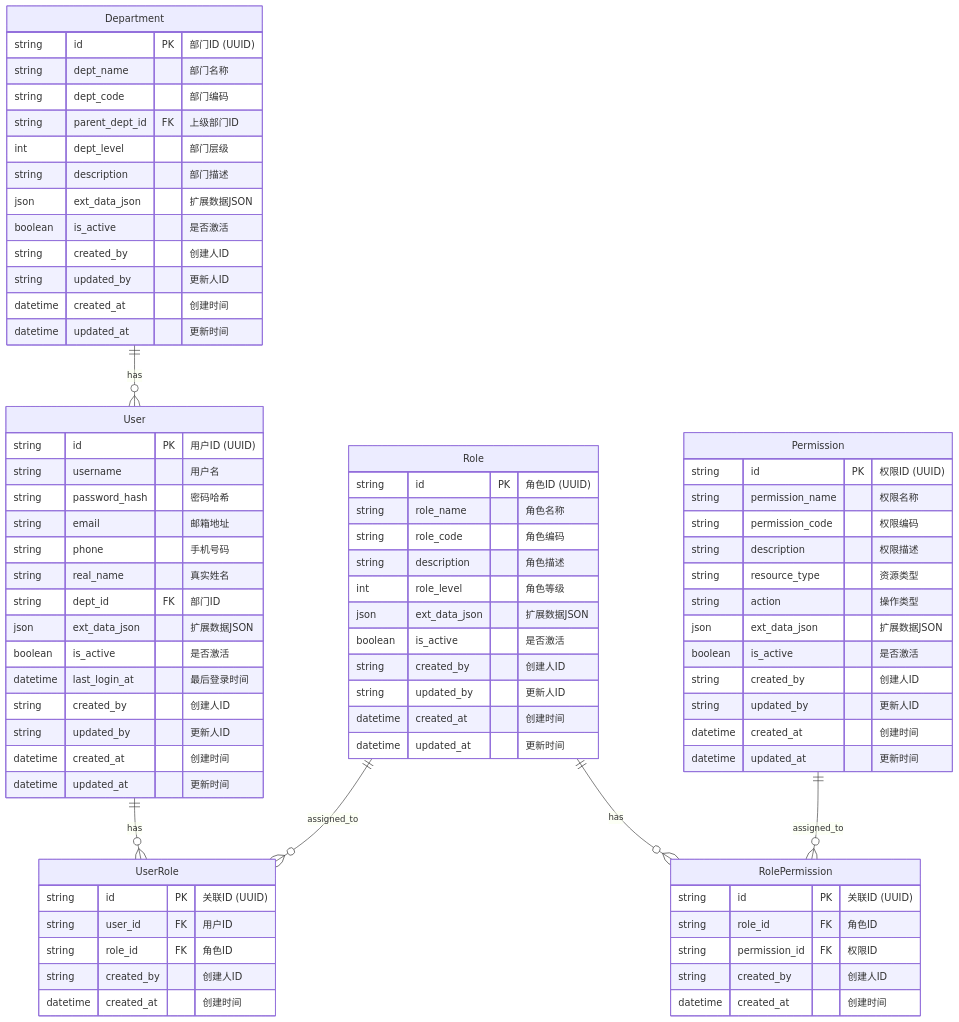
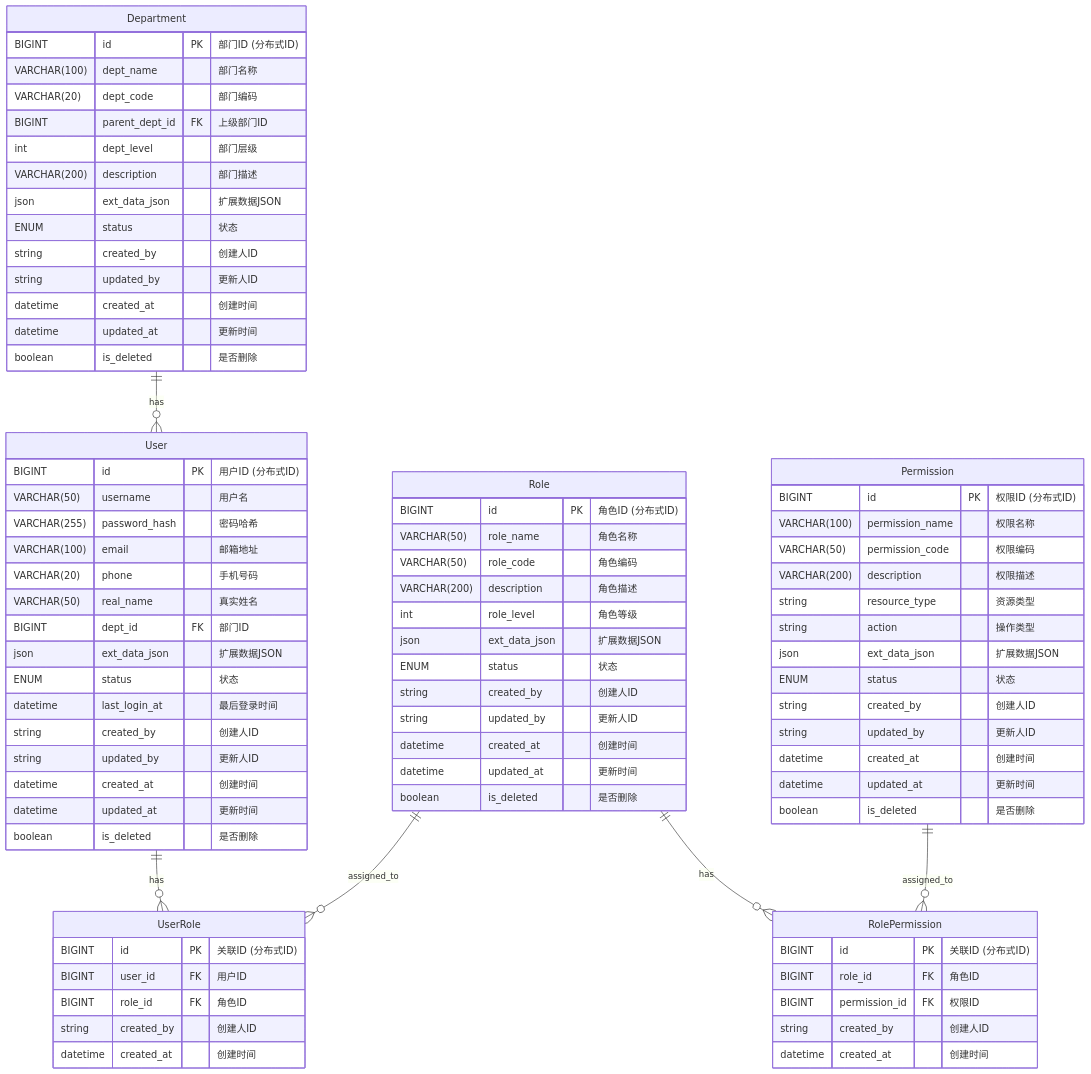
Before and after one commit to Moonlight168/blog: the first of 3 diagrams in src/series/myprojects/FlowMind/开发流程/ER图.md, drawn with Mermaid. The commit also changed other lines of this file and 53 other files, not shown here.

```diff
--- a/src/series/myprojects/FlowMind/开发流程/ER图.md
+++ b/src/series/myprojects/FlowMind/开发流程/ER图.md
@@ -66,82 +65,86 @@
 erDiagram
     User ||--o{ UserRole : "has"
     User {
-        string id PK "用户ID (UUID)"
-        string username "用户名"
-        string password_hash "密码哈希"
-        string email "邮箱地址"
-        string phone "手机号码"
-        string real_name "真实姓名"
-        string dept_id FK "部门ID"
+        BIGINT id PK "用户ID (分布式ID)"
+        VARCHAR(50) username "用户名"
+        VARCHAR(255) password_hash "密码哈希"
+        VARCHAR(100) email "邮箱地址"
+        VARCHAR(20) phone "手机号码"
+        VARCHAR(50) real_name "真实姓名"
+        BIGINT dept_id FK "部门ID"
         json ext_data_json "扩展数据JSON"
-        boolean is_active "是否激活"
+        ENUM status "状态"
         datetime last_login_at "最后登录时间"
         string created_by "创建人ID"
         string updated_by "更新人ID"
         datetime created_at "创建时间"
         datetime updated_at "更新时间"
+        boolean is_deleted "是否删除"
     }
     
     Role ||--o{ UserRole : "assigned_to"
     Role {
-        string id PK "角色ID (UUID)"
-        string role_name "角色名称"
-        string role_code "角色编码"
-        string description "角色描述"
+        BIGINT id PK "角色ID (分布式ID)"
+        VARCHAR(50) role_name "角色名称"
+        VARCHAR(50) role_code "角色编码"
+        VARCHAR(200) description "角色描述"
         int role_level "角色等级"
         json ext_data_json "扩展数据JSON"
-        boolean is_active "是否激活"
+        ENUM status "状态"
         string created_by "创建人ID"
         string updated_by "更新人ID"
         datetime created_at "创建时间"
         datetime updated_at "更新时间"
+        boolean is_deleted "是否删除"
     }
     
     Role ||--o{ RolePermission : "has"
     Permission ||--o{ RolePermission : "assigned_to"
     Permission {
-        string id PK "权限ID (UUID)"
-        string permission_name "权限名称"
-        string permission_code "权限编码"
-        string description "权限描述"
+        BIGINT id PK "权限ID (分布式ID)"
+        VARCHAR(100) permission_name "权限名称"
+        VARCHAR(50) permission_code "权限编码"
+        VARCHAR(200) description "权限描述"
         string resource_type "资源类型"
         string action "操作类型"
         json ext_data_json "扩展数据JSON"
-        boolean is_active "是否激活"
+        ENUM status "状态"
         string created_by "创建人ID"
         string updated_by "更新人ID"
         datetime created_at "创建时间"
         datetime updated_at "更新时间"
+        boolean is_deleted "是否删除"
     }
     
     Department ||--o{ User : "has"
     Department {
-        string id PK "部门ID (UUID)"
-        string dept_name "部门名称"
-        string dept_code "部门编码"
-        string parent_dept_id FK "上级部门ID"
+        BIGINT id PK "部门ID (分布式ID)"
+        VARCHAR(100) dept_name "部门名称"
+        VARCHAR(20) dept_code "部门编码"
+        BIGINT parent_dept_id FK "上级部门ID"
         int dept_level "部门层级"
-        string description "部门描述"
+        VARCHAR(200) description "部门描述"
         json ext_data_json "扩展数据JSON"
-        boolean is_active "是否激活"
+        ENUM status "状态"
         string created_by "创建人ID"
         string updated_by "更新人ID"
         datetime created_at "创建时间"
         datetime updated_at "更新时间"
+        boolean is_deleted "是否删除"
     }
     
     UserRole {
-        string id PK "关联ID (UUID)"
-        string user_id FK "用户ID"
-        string role_id FK "角色ID"
+        BIGINT id PK "关联ID (分布式ID)"
+        BIGINT user_id FK "用户ID"
+        BIGINT role_id FK "角色ID"
         string created_by "创建人ID"
         datetime created_at "创建时间"
     }
     
     RolePermission {
-        string id PK "关联ID (UUID)"
-        string role_id FK "角色ID"
-        string permission_id FK "权限ID"
+        BIGINT id PK "关联ID (分布式ID)"
+        BIGINT role_id FK "角色ID"
+        BIGINT permission_id FK "权限ID"
         string created_by "创建人ID"
         datetime created_at "创建时间"
     }
```
